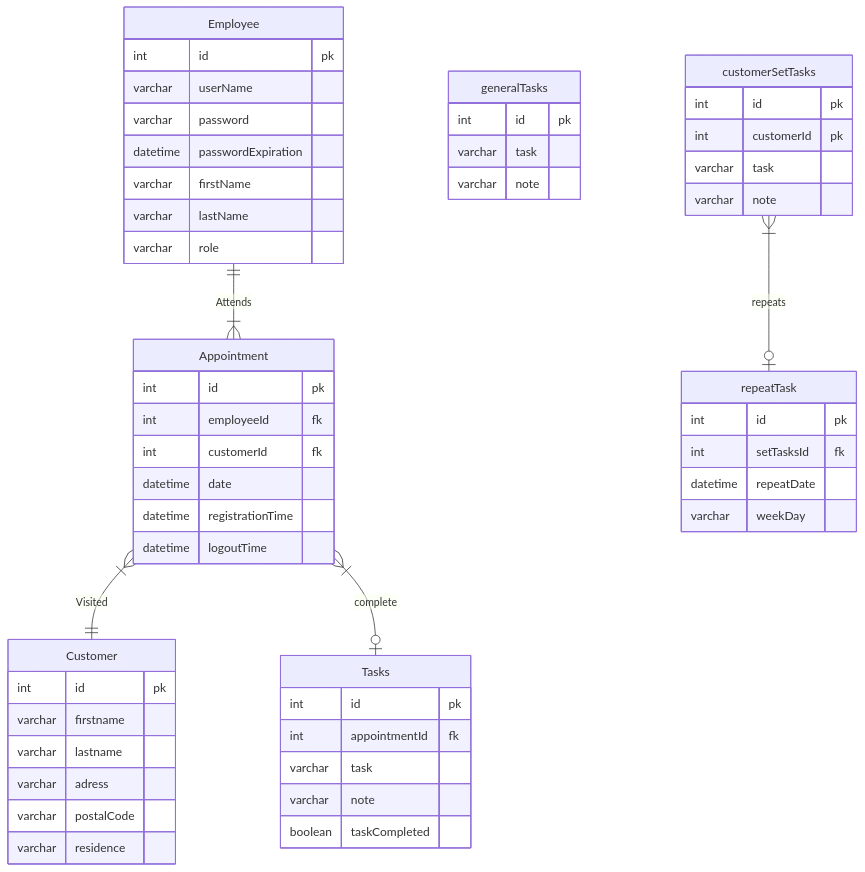
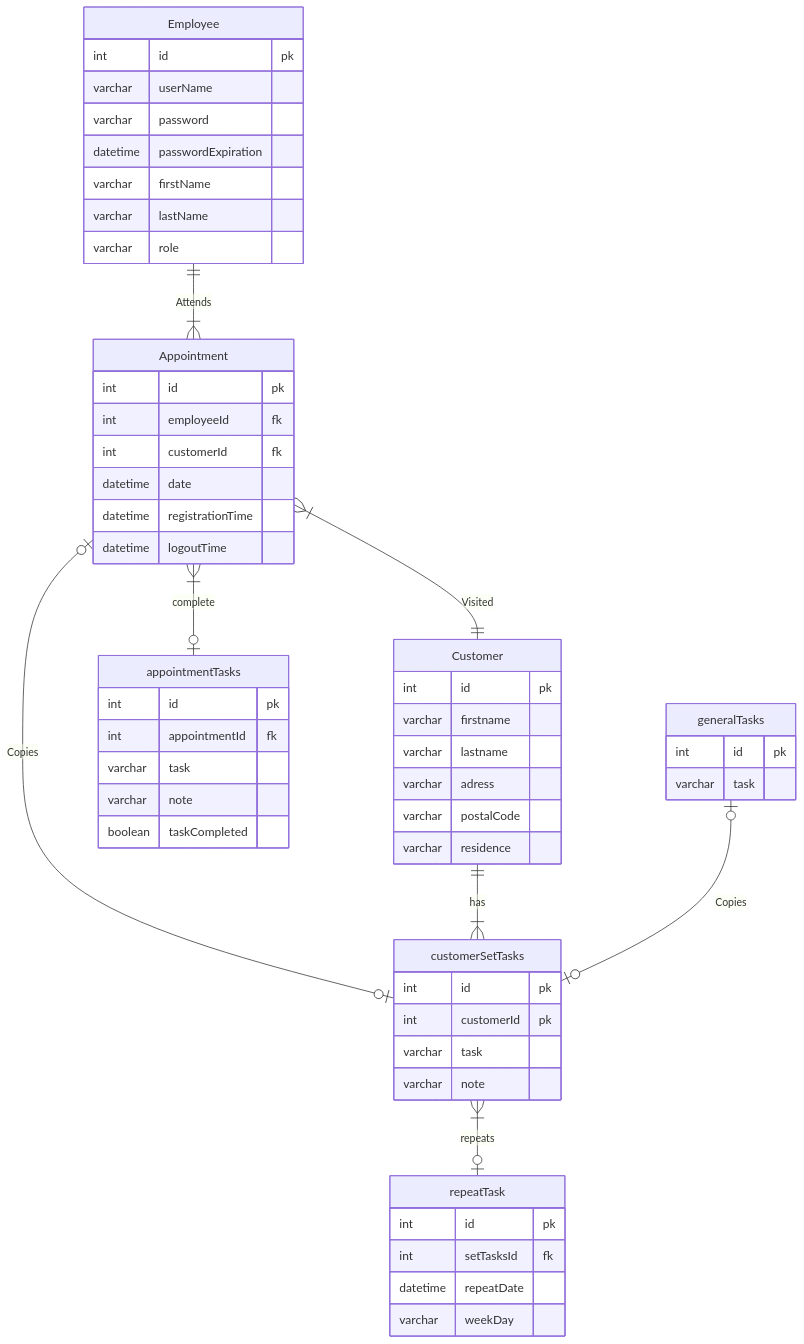
Before and after one commit to Educom-Trainees/educom-zorgApp: the diagram in documentation/ERD.md, drawn with Mermaid.

````diff
--- a/documentation/ERD.md
+++ b/documentation/ERD.md
@@ -1,64 +1,66 @@
 ```mermaid
 erDiagram
   Employee ||--|{ Appointment : Attends
   Employee{
   int id pk
   varchar userName
   varchar password
   datetime passwordExpiration
   varchar firstName
   varchar lastName
   varchar role
   }
 
   Appointment }|--|| Customer : Visited
-  Appointment }|--|o Tasks : complete
+  Appointment }|--|o appointmentTasks : complete
+  Appointment o|--|o customerSetTasks : Copies
   Appointment{
   int id pk
   int employeeId fk
   int customerId fk
   datetime date
   datetime registrationTime
   datetime logoutTime
   }
 
+  appointmentTasks{
+  int id pk
+  int appointmentId fk
+  varchar task
+  varchar note
+  boolean taskCompleted
+  }
+
+  Customer ||--|{ customerSetTasks : has
   Customer{
   int id pk
   varchar firstname
   varchar lastname
   varchar adress
   varchar postalCode
   varchar residence
   }
 
-  Tasks{
-  int id pk
-  int appointmentId fk
-  varchar task
-  varchar note
-  boolean taskCompleted
-  }
-
+  generalTasks o|--|o customerSetTasks : Copies
   generalTasks{
   int id pk
   varchar task
-  varchar note
   }
 
   customerSetTasks }|--|o repeatTask : repeats
   customerSetTasks{
   int id pk
   int customerId pk
   varchar task
   varchar note
   }
 
   repeatTask{
   int id pk
   int setTasksId fk
   datetime repeatDate
   varchar weekDay
   }
 
 
 ```
````
